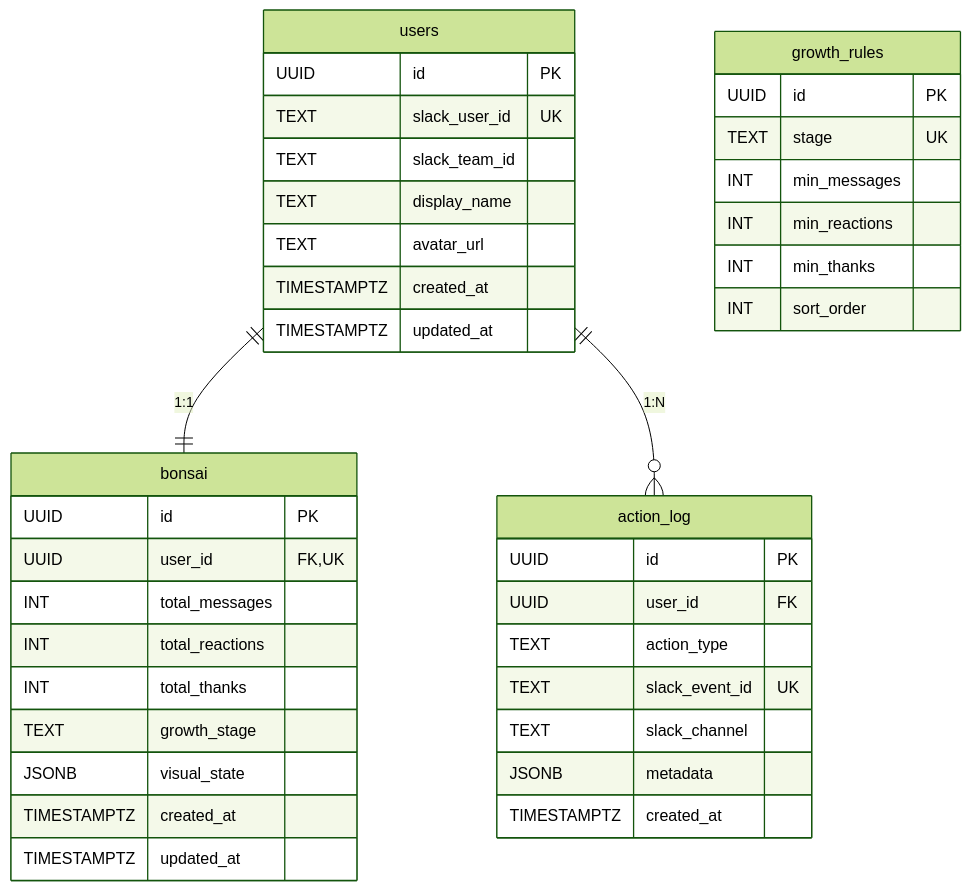
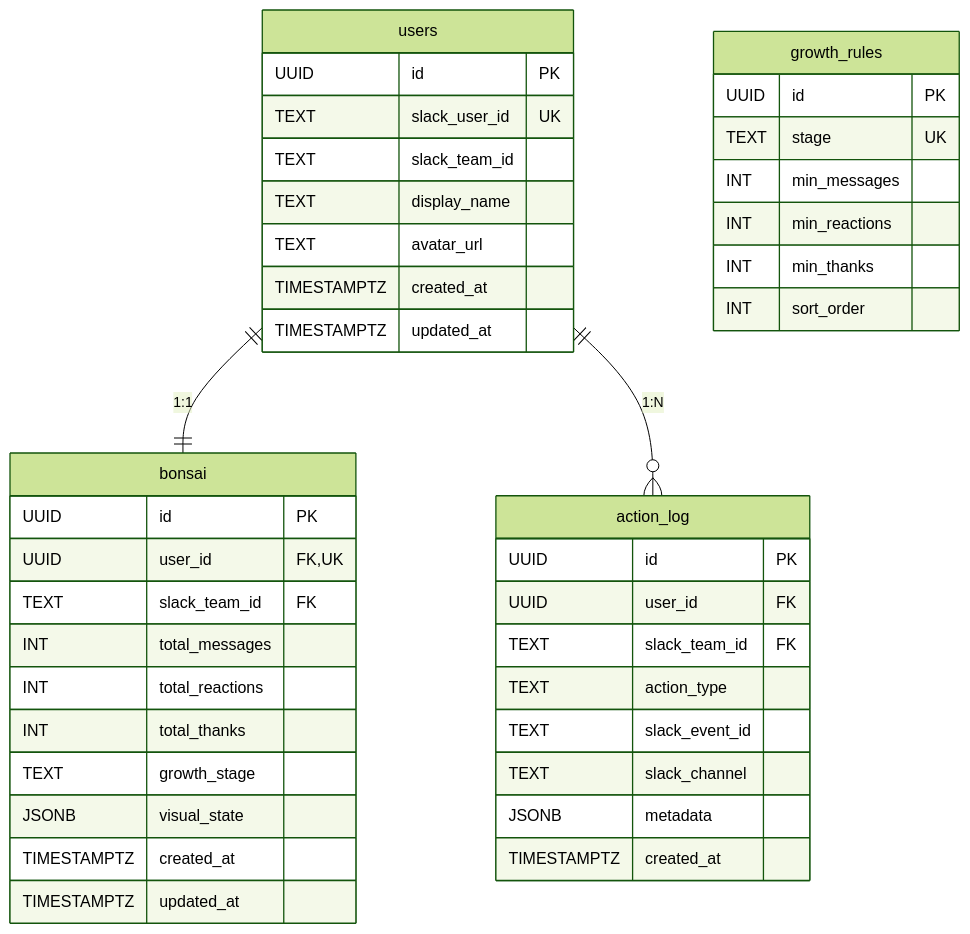
The diagram in docs/data-model.md (katsudon08/tamamori), drawn with Mermaid (forest theme) before and after one commit. The commit also changed other lines of this file and 96 other files, not shown here.

````diff
--- a/docs/data-model.md
+++ b/docs/data-model.md
@@ -5,46 +5,48 @@
 ```mermaid
 erDiagram
     users ||--|| bonsai : "1:1"
     users ||--o{ action_log : "1:N"
 
     users {
         UUID id PK
         TEXT slack_user_id UK
         TEXT slack_team_id
         TEXT display_name
         TEXT avatar_url
         TIMESTAMPTZ created_at
         TIMESTAMPTZ updated_at
     }
 
     bonsai {
         UUID id PK
         UUID user_id FK,UK
+        TEXT slack_team_id FK
         INT total_messages
         INT total_reactions
         INT total_thanks
         TEXT growth_stage
         JSONB visual_state
         TIMESTAMPTZ created_at
         TIMESTAMPTZ updated_at
     }
 
     action_log {
         UUID id PK
         UUID user_id FK
+        TEXT slack_team_id FK
         TEXT action_type
-        TEXT slack_event_id UK
+        TEXT slack_event_id
         TEXT slack_channel
         JSONB metadata
         TIMESTAMPTZ created_at
     }
 
     growth_rules {
         UUID id PK
         TEXT stage UK
         INT min_messages
         INT min_reactions
         INT min_thanks
         INT sort_order
     }
 ```
````
